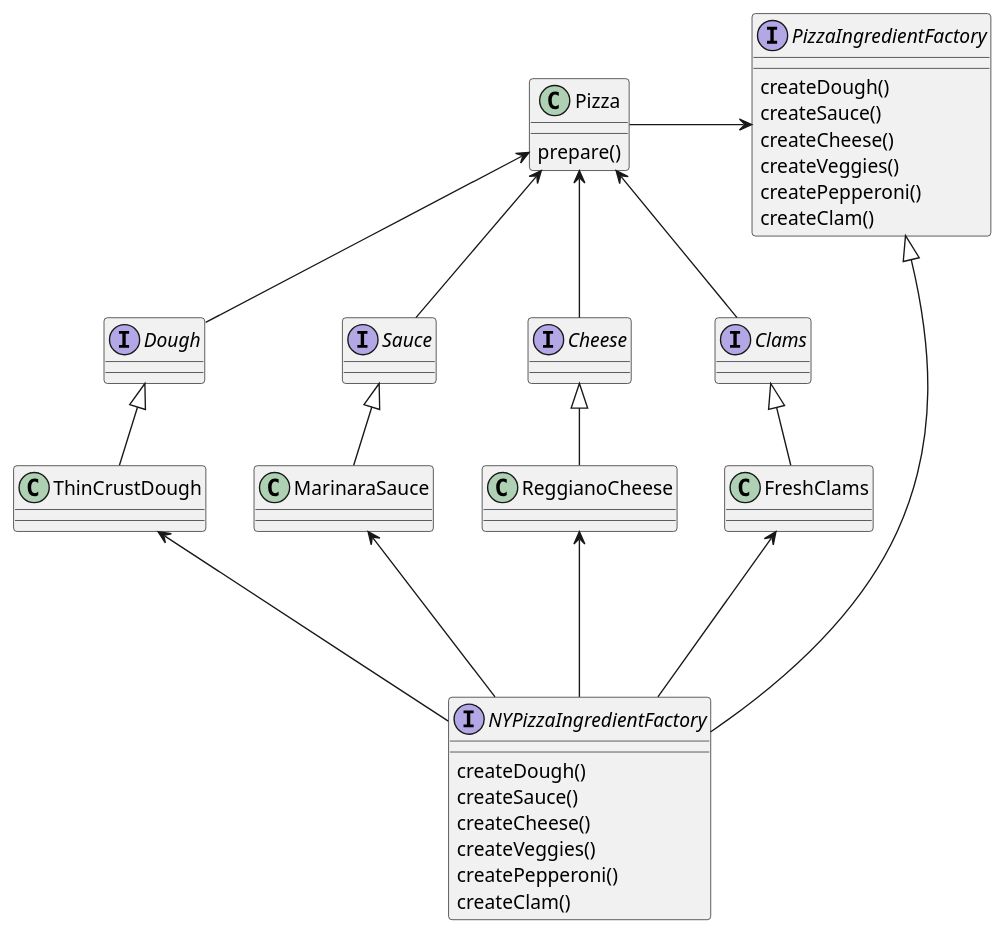
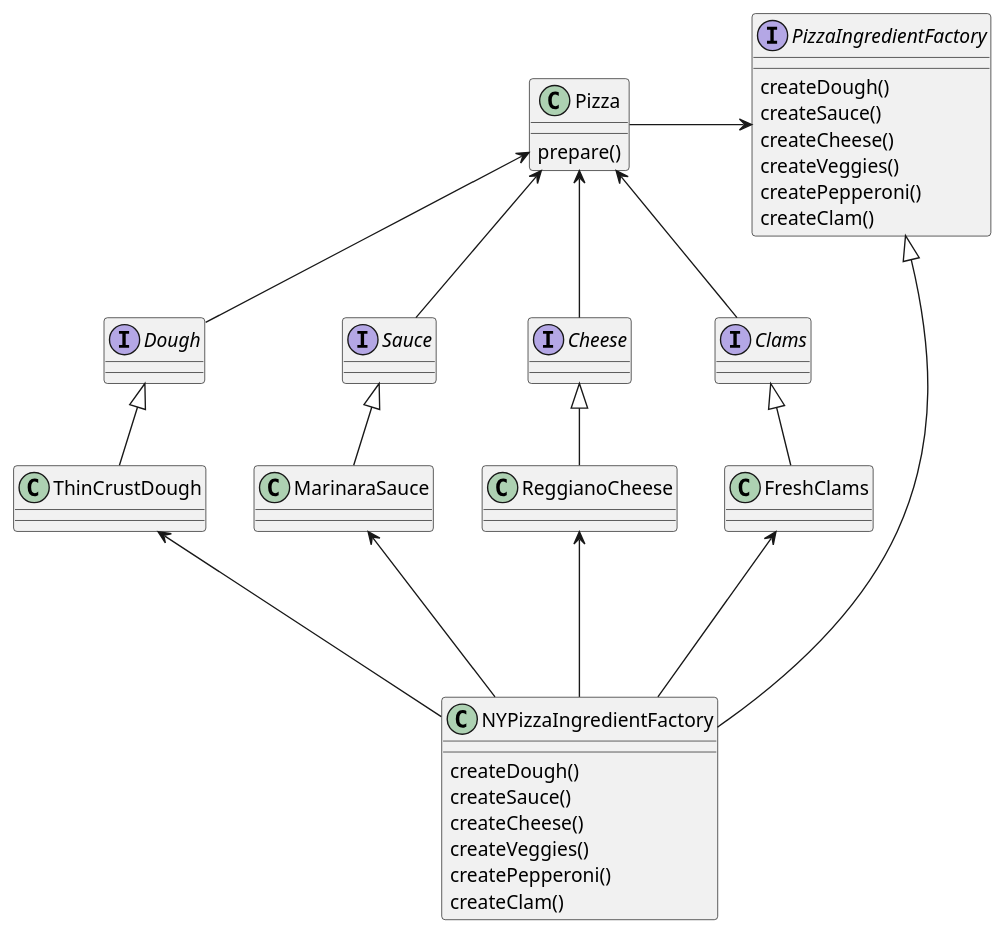
The diagram in Factory/uml/AbstractFactory.puml (kyamashiro/head-first-design-pattern), drawn with PlantUML before and after one commit.

```diff
--- a/Factory/uml/AbstractFactory.puml
+++ b/Factory/uml/AbstractFactory.puml
@@ -1,55 +1,55 @@
 @startuml
 
 interface PizzaIngredientFactory {
     createDough()
     createSauce()
     createCheese()
     createVeggies()
     createPepperoni()
     createClam()
 }
 
-interface NYPizzaIngredientFactory {
+class NYPizzaIngredientFactory {
     createDough()
     createSauce()
     createCheese()
     createVeggies()
     createPepperoni()
     createClam()
 }
 
 class Pizza {
     prepare()
 }
 
 interface Dough
 class ThinCrustDough
 
 interface Sauce
 class MarinaraSauce
 
 interface Cheese
 class ReggianoCheese
 
 interface Clams
 class FreshClams
 
 PizzaIngredientFactory <|----- NYPizzaIngredientFactory
 PizzaIngredientFactory <-left- Pizza
 
 Pizza <-- Dough
 Pizza <-- Sauce
 Pizza <-- Cheese
 Pizza <-- Clams
 
 Dough <|-- ThinCrustDough
 Sauce <|-- MarinaraSauce
 Cheese <|-- ReggianoCheese
 Clams <|-- FreshClams
 
 ThinCrustDough <--- NYPizzaIngredientFactory
 MarinaraSauce <--- NYPizzaIngredientFactory
 ReggianoCheese <--- NYPizzaIngredientFactory
 FreshClams <--- NYPizzaIngredientFactory
 
 @enduml
```
